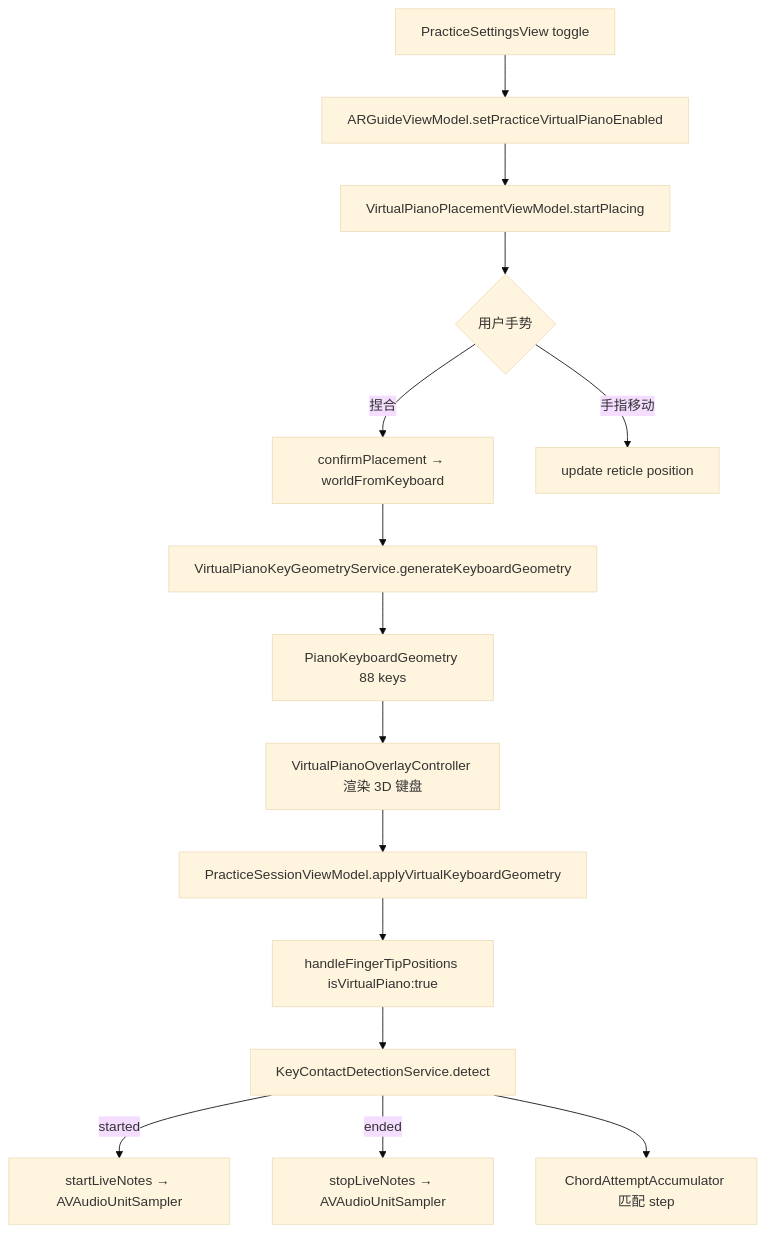
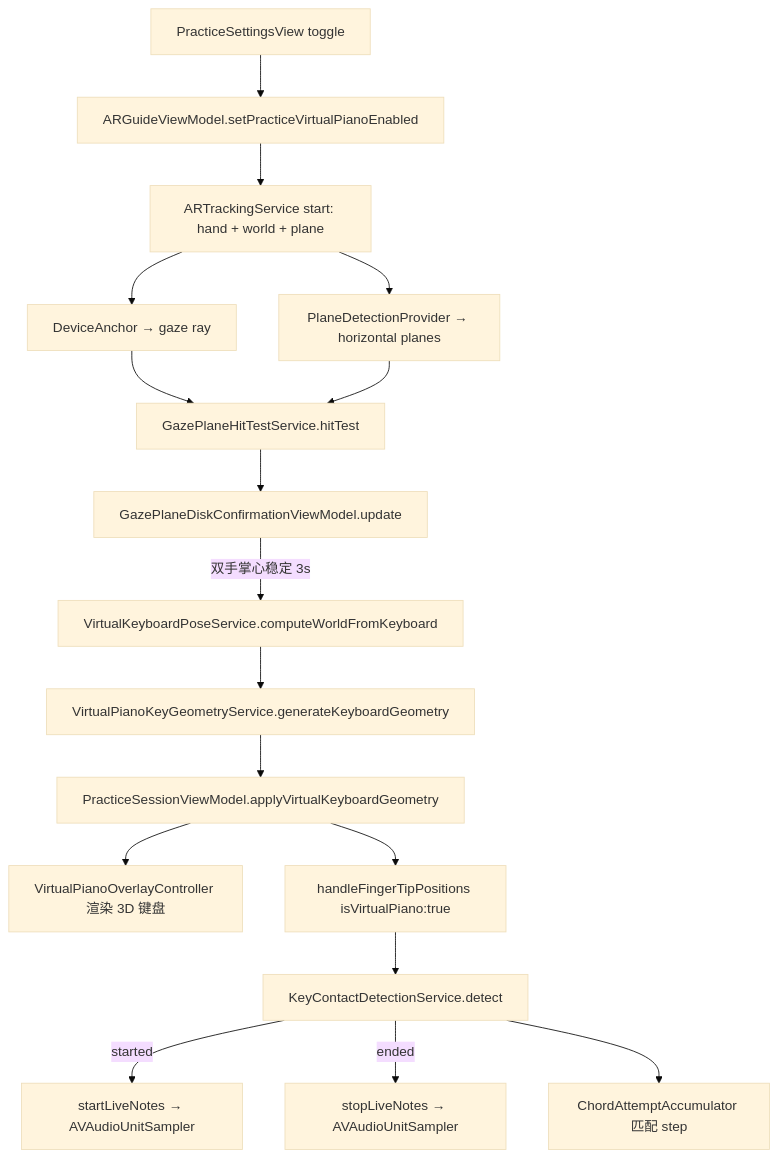
Before and after one commit to chiimagnus/HappyPianist: the second of 3 diagrams in .github/deepwiki/modules/lonelypianist-avp-practice.md, drawn with Mermaid (base theme). The commit also changed other lines of this file and 12 other files, not shown here.

````diff
--- a/.github/deepwiki/modules/lonelypianist-avp-practice.md
+++ b/.github/deepwiki/modules/lonelypianist-avp-practice.md
@@ -82,17 +85,19 @@
 ```mermaid
 flowchart TD
     A[PracticeSettingsView toggle] --> B[ARGuideViewModel.setPracticeVirtualPianoEnabled]
-    B --> C[VirtualPianoPlacementViewModel.startPlacing]
-    C --> D{用户手势}
-    D -->|捏合| E[confirmPlacement → worldFromKeyboard]
-    E --> F[VirtualPianoKeyGeometryService.generateKeyboardGeometry]
-    F --> G[PianoKeyboardGeometry 88 keys]
-    G --> H[VirtualPianoOverlayController 渲染 3D 键盘]
-    D -->|手指移动| I[update reticle position]
-    H --> J[PracticeSessionViewModel.applyVirtualKeyboardGeometry]
-    J --> K[handleFingerTipPositions isVirtualPiano:true]
-    K --> L[KeyContactDetectionService.detect]
-    L -->|started| M[startLiveNotes → AVAudioUnitSampler]
-    L -->|ended| N[stopLiveNotes → AVAudioUnitSampler]
-    L --> O[ChordAttemptAccumulator 匹配 step]
+    B --> C[ARTrackingService start: hand + world + plane]
+    C --> D[DeviceAnchor → gaze ray]
+    C --> E[PlaneDetectionProvider → horizontal planes]
+    D --> F[GazePlaneHitTestService.hitTest]
+    E --> F
+    F --> G[GazePlaneDiskConfirmationViewModel.update]
+    G -->|双手掌心稳定 3s| H[VirtualKeyboardPoseService.computeWorldFromKeyboard]
+    H --> I[VirtualPianoKeyGeometryService.generateKeyboardGeometry]
+    I --> J[PracticeSessionViewModel.applyVirtualKeyboardGeometry]
+    J --> K[VirtualPianoOverlayController 渲染 3D 键盘]
+    J --> L[handleFingerTipPositions isVirtualPiano:true]
+    L --> M[KeyContactDetectionService.detect]
+    M -->|started| N[startLiveNotes → AVAudioUnitSampler]
+    M -->|ended| O[stopLiveNotes → AVAudioUnitSampler]
+    M --> P[ChordAttemptAccumulator 匹配 step]
 ```
````
